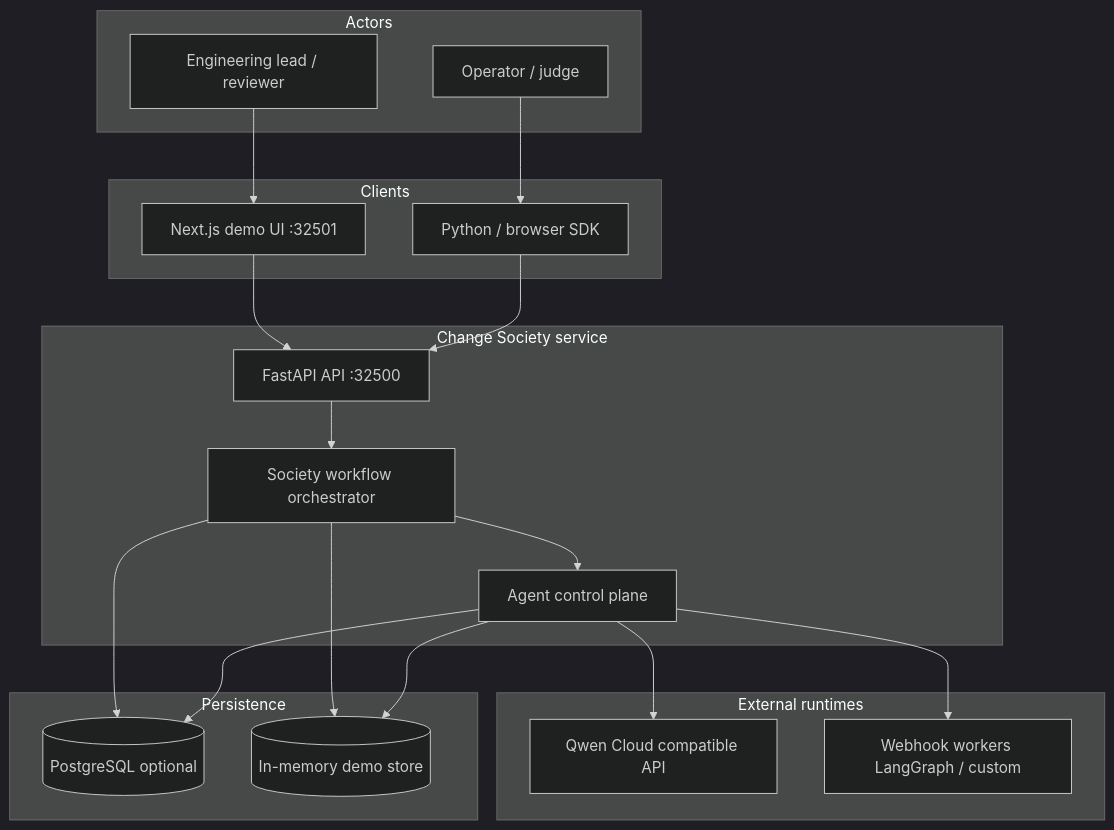
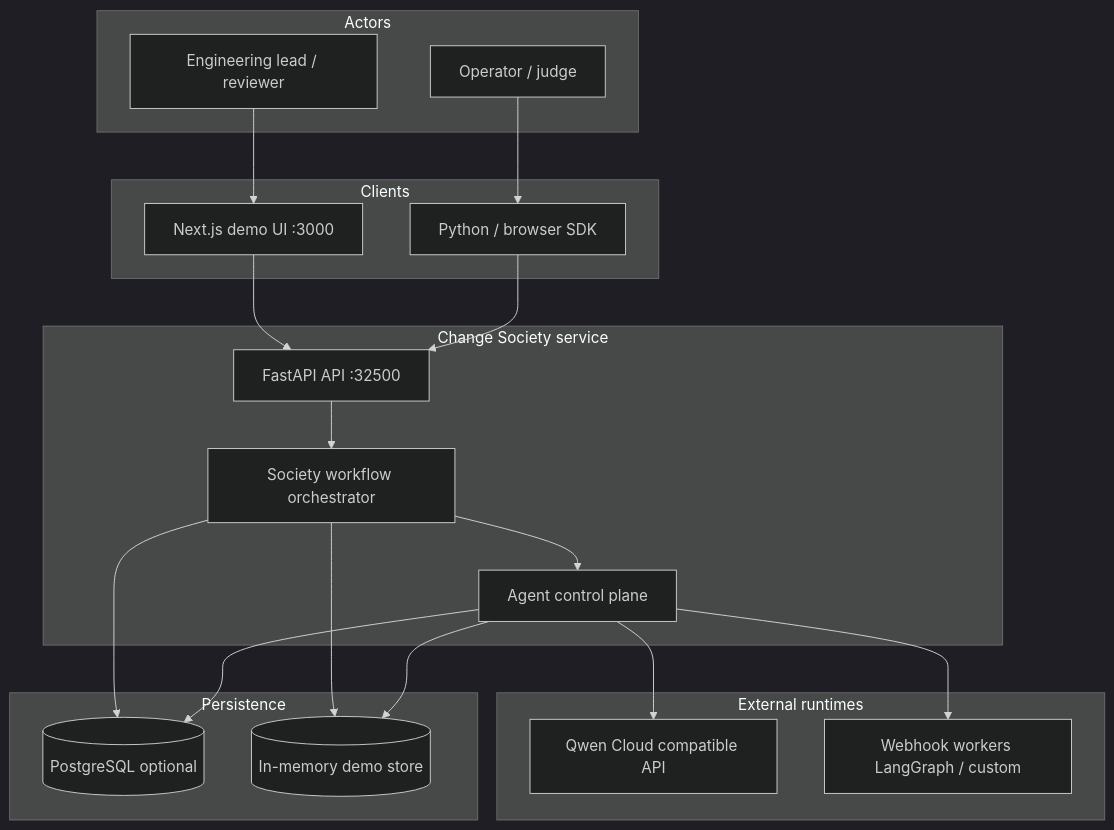
The first of 20 diagrams in docs/02-architecture.md (Sepideh-Asadollahi/AgentCore-Hackathon), drawn with Mermaid (dark theme) before and after one commit. The commit also changed 178 other files, not shown here.

````diff
--- a/docs/02-architecture.md
+++ b/docs/02-architecture.md
@@ -31,41 +31,41 @@
 ```mermaid
 flowchart TB
   subgraph actors [Actors]
     Lead[Engineering lead / reviewer]
     Ops[Operator / judge]
   end
 
   subgraph agentcore [Change Society service]
     API[FastAPI API :32500]
     CP[Agent control plane]
     SW[Society workflow orchestrator]
     API --> SW
     SW --> CP
   end
 
   subgraph clients [Clients]
-    UI[Next.js demo UI :32501]
+    UI[Next.js demo UI :3000]
     SDK[Python / browser SDK]
   end
 
   subgraph external [External runtimes]
     Qwen[Qwen Cloud compatible API]
     WH[Webhook workers LangGraph / custom]
   end
 
   subgraph data [Persistence]
     PG[(PostgreSQL optional)]
     MEM[(In-memory demo store)]
   end
 
   Lead --> UI
   Ops --> SDK
   UI --> API
   SDK --> API
   CP --> Qwen
   CP --> WH
   SW --> PG
   SW --> MEM
   CP --> PG
   CP --> MEM
 ```
````
